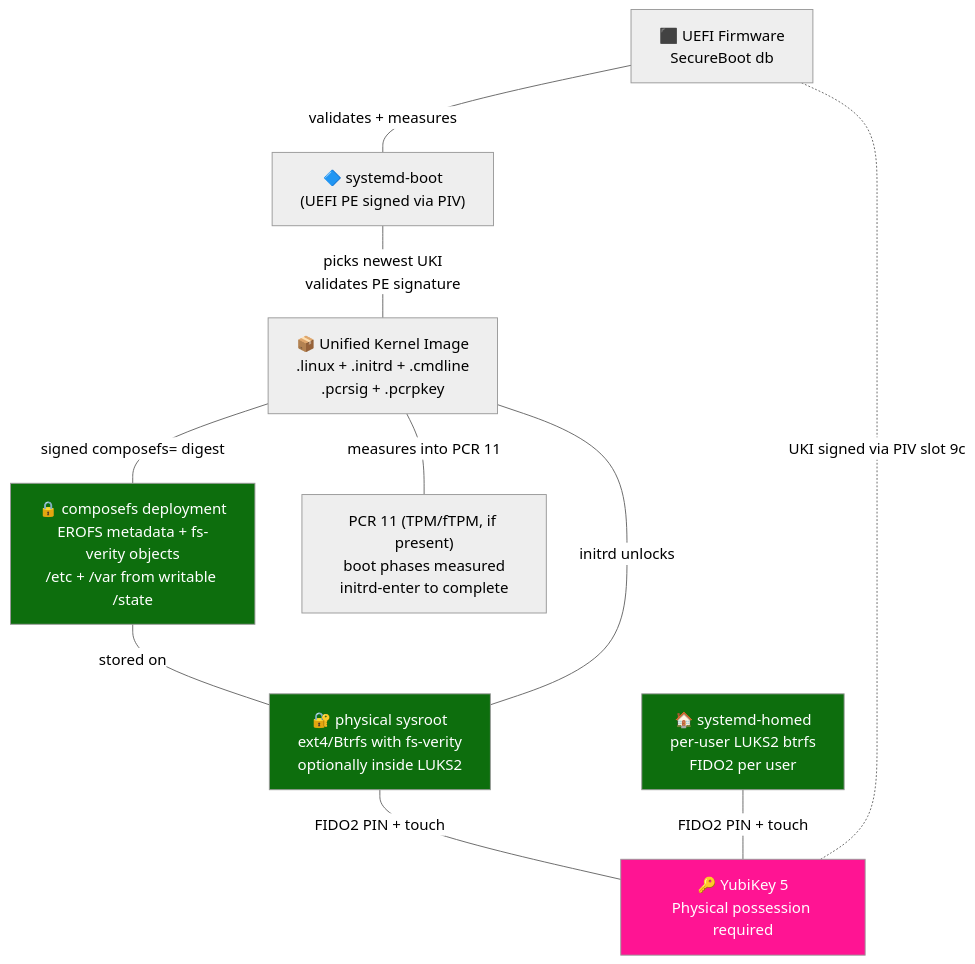
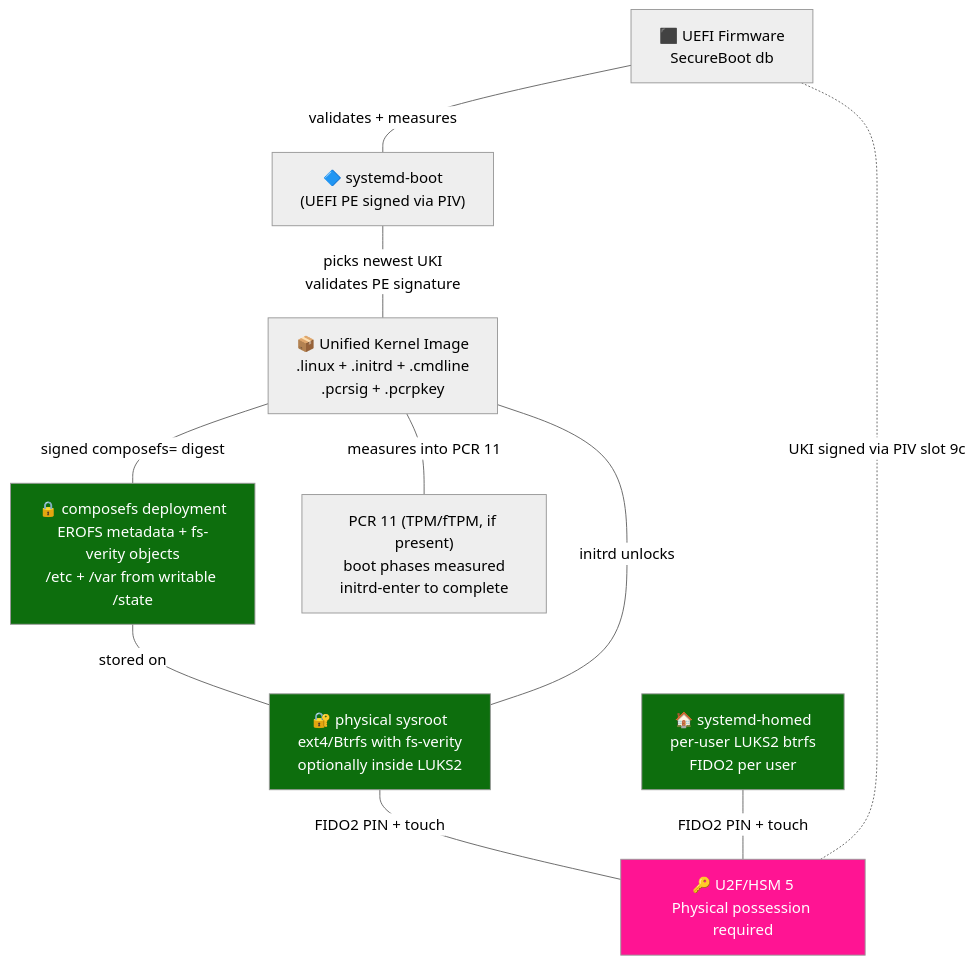
The second of 12 diagrams in docs/ARCHITECTURE.md (yubi-OS/yubiOS), drawn with Mermaid (neutral theme) before and after one commit. The commit also changed other lines of this file and 292 other files, not shown here.

Commit message:
chore(repo): replace YubiKey/Yubikey/yubikey references with U2F/HSM across docs, scripts, tests, and workflows

````diff
--- a/docs/ARCHITECTURE.md
+++ b/docs/ARCHITECTURE.md
@@ -65,26 +65,26 @@
 ```mermaid
 graph TD
     FW["⬛ UEFI Firmware\nSecureBoot db"]
     SDB["🔷 systemd-boot\n(UEFI PE signed via PIV)"]
     UKI["📦 Unified Kernel Image\n.linux + .initrd + .cmdline\n.pcrsig + .pcrpkey"]
     CFS["🔒 composefs deployment\nEROFS metadata + fs-verity objects\n/etc + /var from writable /state"]
     BACKING["🔐 physical sysroot\next4/Btrfs with fs-verity\noptionally inside LUKS2"]
     HOMED["🏠 systemd-homed\nper-user LUKS2 btrfs\nFIDO2 per user"]
-    YK["🔑 YubiKey 5\nPhysical possession required"]
+    YK["🔑 U2F/HSM 5\nPhysical possession required"]
     PCR["PCR 11 (TPM/fTPM, if present)\nboot phases measured\ninitrd-enter to complete"]
 
     FW ---|validates + measures| SDB
     SDB ---|picks newest UKI\nvalidates PE signature| UKI
     UKI ---|measures into PCR 11| PCR
     UKI ---|signed composefs= digest| CFS
     CFS ---|stored on| BACKING
     UKI ---|initrd unlocks| BACKING
     BACKING ---|FIDO2 PIN + touch| YK
     HOMED ---|FIDO2 PIN + touch| YK
     FW -.-|UKI signed via PIV slot 9c| YK
 
     style YK fill:#ff1493,color:#fff
     style CFS fill:#0d6e0d,color:#fff
     style BACKING fill:#0d6e0d,color:#fff
     style HOMED fill:#0d6e0d,color:#fff
 ```
````
